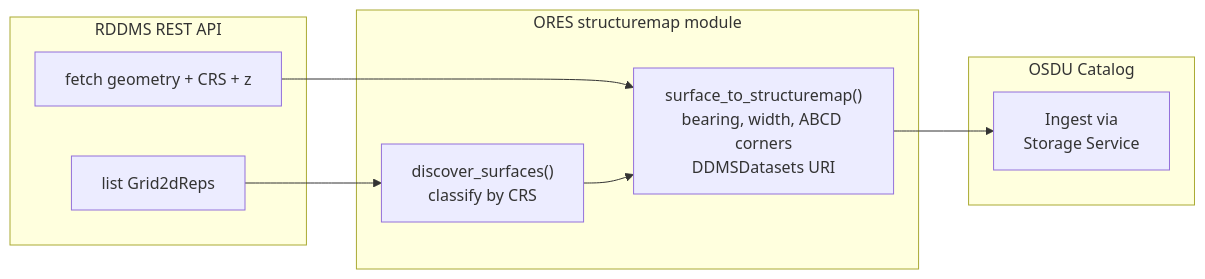
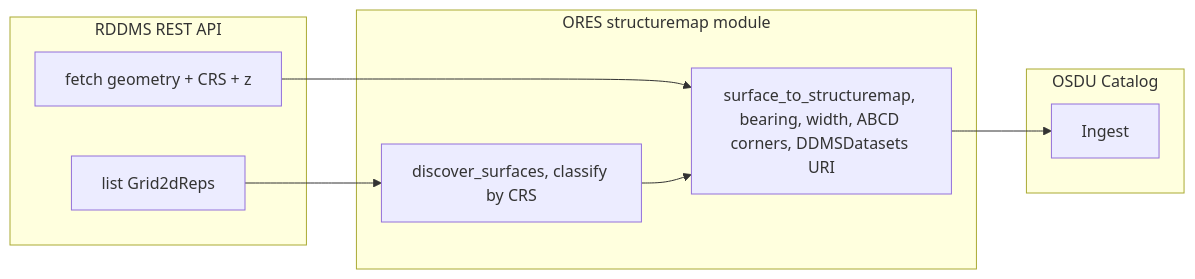
Before and after one commit to marcusapel/ores: diagram 11 of 13 in md/SeisInt.md, drawn with Mermaid. The commit also changed other lines of this file and 36 other files, not shown here.

````diff
--- a/md/SeisInt.md
+++ b/md/SeisInt.md
@@ -1199,21 +1325,21 @@
 ```mermaid
 flowchart LR
     subgraph RDDMS["RDDMS REST API"]
         L["list Grid2dReps"]
         F["fetch geometry + CRS + z"]
     end
 
     subgraph ORES["ORES structuremap module"]
-        D["discover_surfaces()\nclassify by CRS"]
-        S["surface_to_structuremap()\nbearing, width, ABCD corners\nDDMSDatasets URI"]
+        D["discover_surfaces, classify by CRS"]
+        S["surface_to_structuremap, bearing, width, ABCD corners, DDMSDatasets URI"]
     end
 
     subgraph Catalog["OSDU Catalog"]
-        I["Ingest via\nStorage Service"]
+        I["Ingest"]
     end
 
     L --> D
     F --> S
     D --> S
     S --> I
 ```
````
